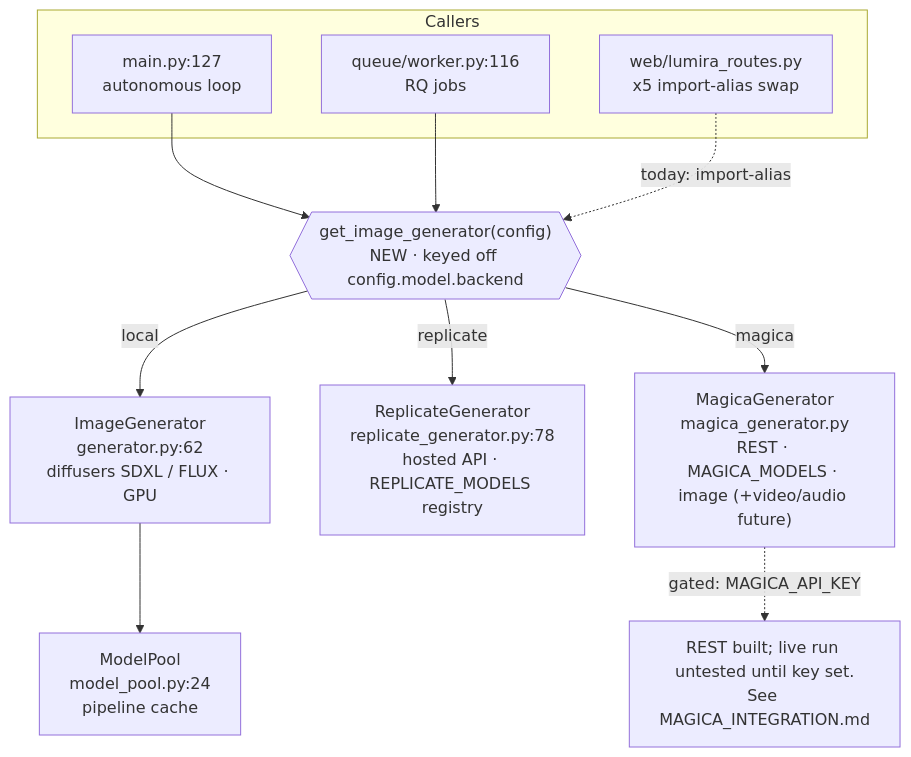
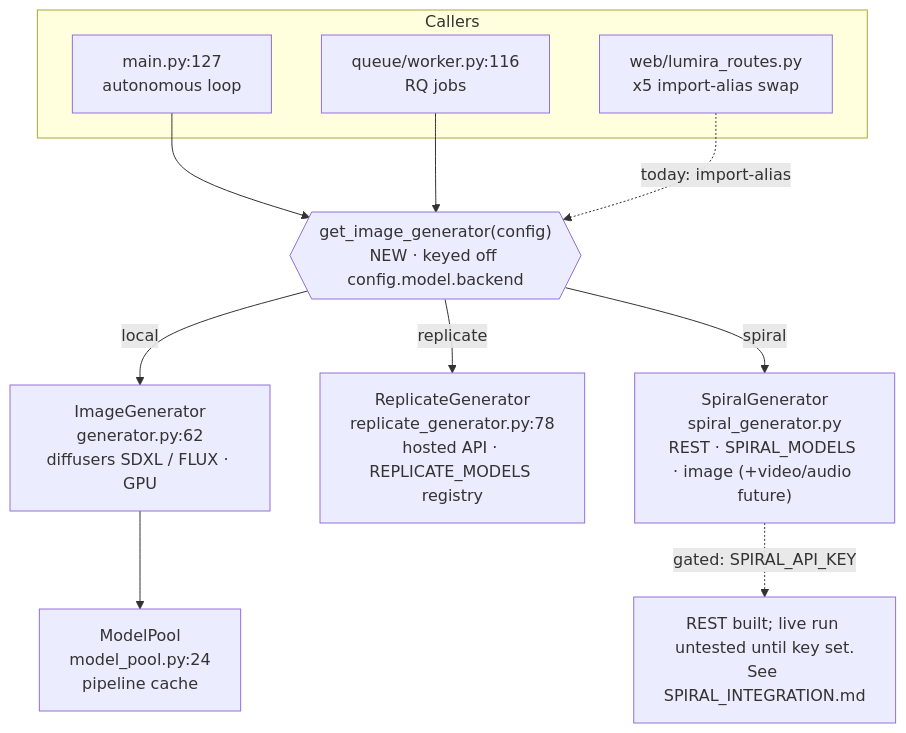
One commit to forbiddenlink/lumira changed the diagram in AI/diagrams/generator-backends.md. Above: the diagram before and after it, drawn with Mermaid. The commit also changed other lines of this file and 37 other files, not shown here.

First line of the commit message:
feat: migrate from Magica to Spiral (Magica shuts down 2026-12-01) (#182)

````diff
--- a/AI/diagrams/generator-backends.md
+++ b/AI/diagrams/generator-backends.md
@@ -9,21 +9,21 @@
 ```mermaid
 flowchart TD
     subgraph Callers
         Main["main.py:127<br/>autonomous loop"]
         Worker["queue/worker.py:116<br/>RQ jobs"]
         Web["web/lumira_routes.py<br/>x5 import-alias swap"]
     end
 
     Factory{{"get_image_generator(config)<br/>NEW · keyed off config.model.backend"}}
     Main --> Factory
     Worker --> Factory
     Web -.today: import-alias.-> Factory
 
     Factory -->|local| Local["ImageGenerator<br/>generator.py:62<br/>diffusers SDXL / FLUX · GPU"]
     Factory -->|replicate| Rep["ReplicateGenerator<br/>replicate_generator.py:78<br/>hosted API · REPLICATE_MODELS registry"]
-    Factory -->|magica| Mag["MagicaGenerator<br/>magica_generator.py<br/>REST · MAGICA_MODELS · image (+video/audio future)"]
+    Factory -->|spiral| Mag["SpiralGenerator<br/>spiral_generator.py<br/>REST · SPIRAL_MODELS · image (+video/audio future)"]
 
     Local --> Pool["ModelPool<br/>model_pool.py:24<br/>pipeline cache"]
 
-    Mag -.->|gated: MAGICA_API_KEY| Note["REST built; live run untested until key set.<br/>See MAGICA_INTEGRATION.md"]
+    Mag -.->|gated: SPIRAL_API_KEY| Note["REST built; live run untested until key set.<br/>See SPIRAL_INTEGRATION.md"]
 ```
````
